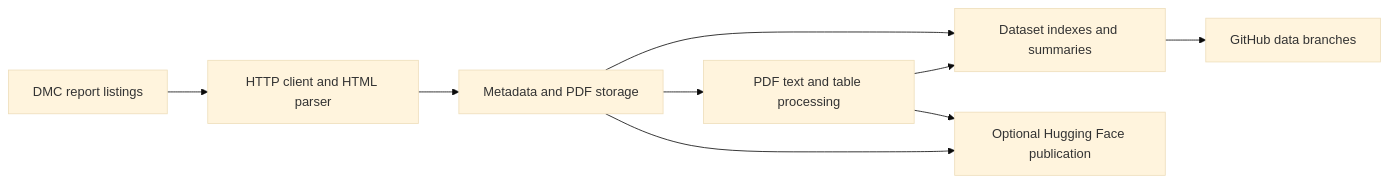
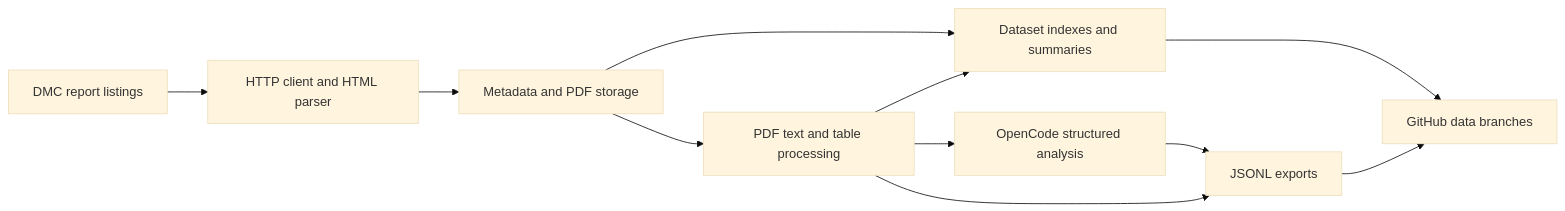
The diagram in README.md (Gajarthan/lk_dmc), drawn with Mermaid (base theme) before and after one commit. The commit also changed other lines of this file and 18 other files, not shown here.

Commit message:
Replace dataset hub integration with OpenCode analysis and GitHub exports

````diff
--- a/README.md
+++ b/README.md
@@ -15,11 +16,13 @@
 ```mermaid
 flowchart LR
     A[DMC report listings] --> B[HTTP client and HTML parser]
     B --> C[Metadata and PDF storage]
     C --> D[PDF text and table processing]
     C --> E[Dataset indexes and summaries]
     D --> E
     E --> F[GitHub data branches]
-    D --> G[Optional Hugging Face publication]
-    C --> G
+    D --> G[OpenCode structured analysis]
+    G --> H[JSONL exports]
+    D --> H
+    H --> F
 ```
````
